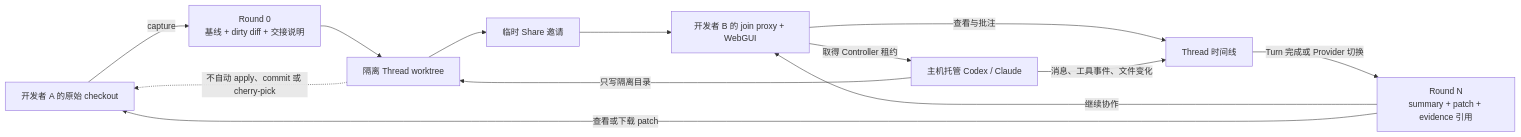
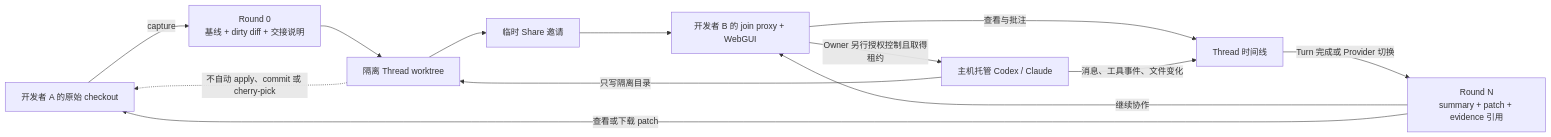
The first of 3 diagrams in docs/architecture.md (YTwsy/Team-Cross), drawn with Mermaid before and after one commit. The commit also changed other lines of this file and 95 other files, not shown here.

````diff
--- a/docs/architecture.md
+++ b/docs/architecture.md
@@ -18,15 +23,15 @@
 ```mermaid
 flowchart LR
     A[开发者 A 的原始 checkout] -->|capture| B[Round 0<br/>基线 + dirty diff + 交接说明]
     B --> C[隔离 Thread worktree]
     C --> D[临时 Share 邀请]
     D --> E[开发者 B 的 join proxy + WebGUI]
     E -->|查看与批注| F[Thread 时间线]
-    E -->|取得 Controller 租约| G[主机托管 Codex / Claude]
+    E -->|Owner 另行授权控制且取得租约| G[主机托管 Codex / Claude]
     G -->|消息、工具事件、文件变化| F
     G -->|只写隔离目录| C
     F -->|Turn 完成或 Provider 切换| H[Round N<br/>summary + patch + evidence 引用]
     H -->|继续协作| E
     H -->|查看或下载 patch| A
     C -. 不自动 apply、commit 或 cherry-pick .-> A
 ```
````
